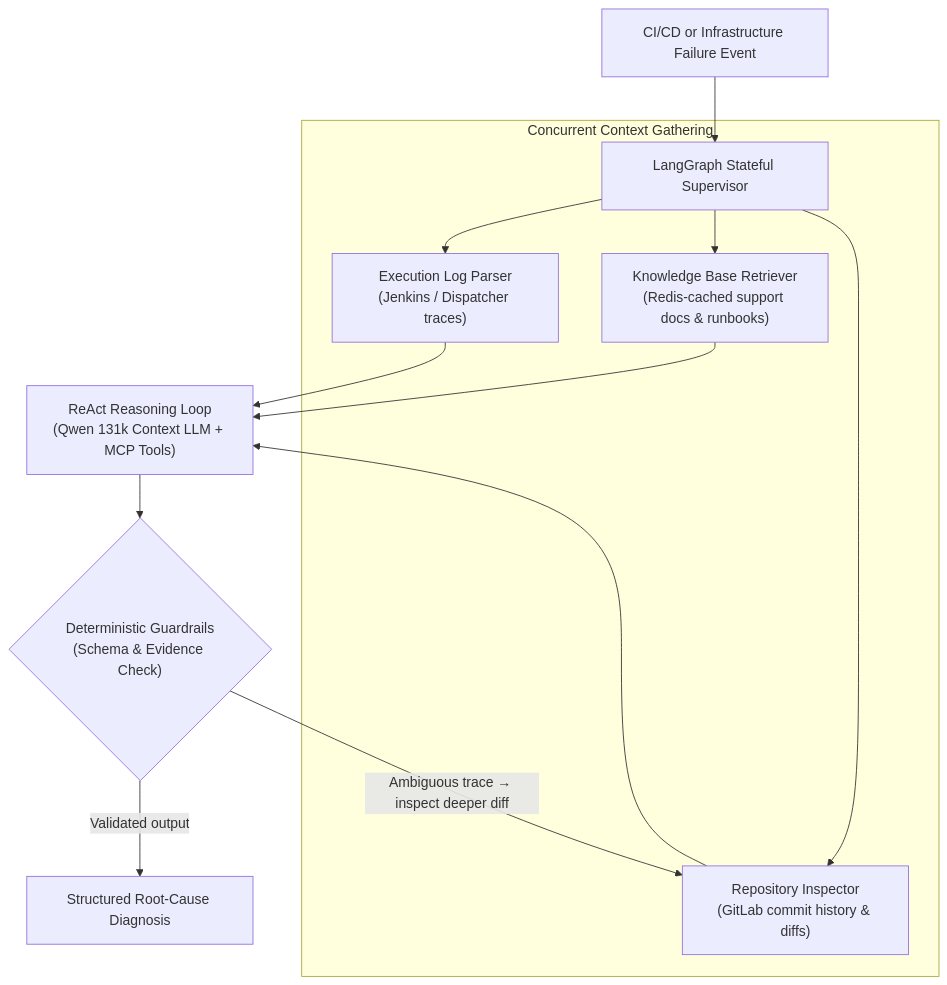
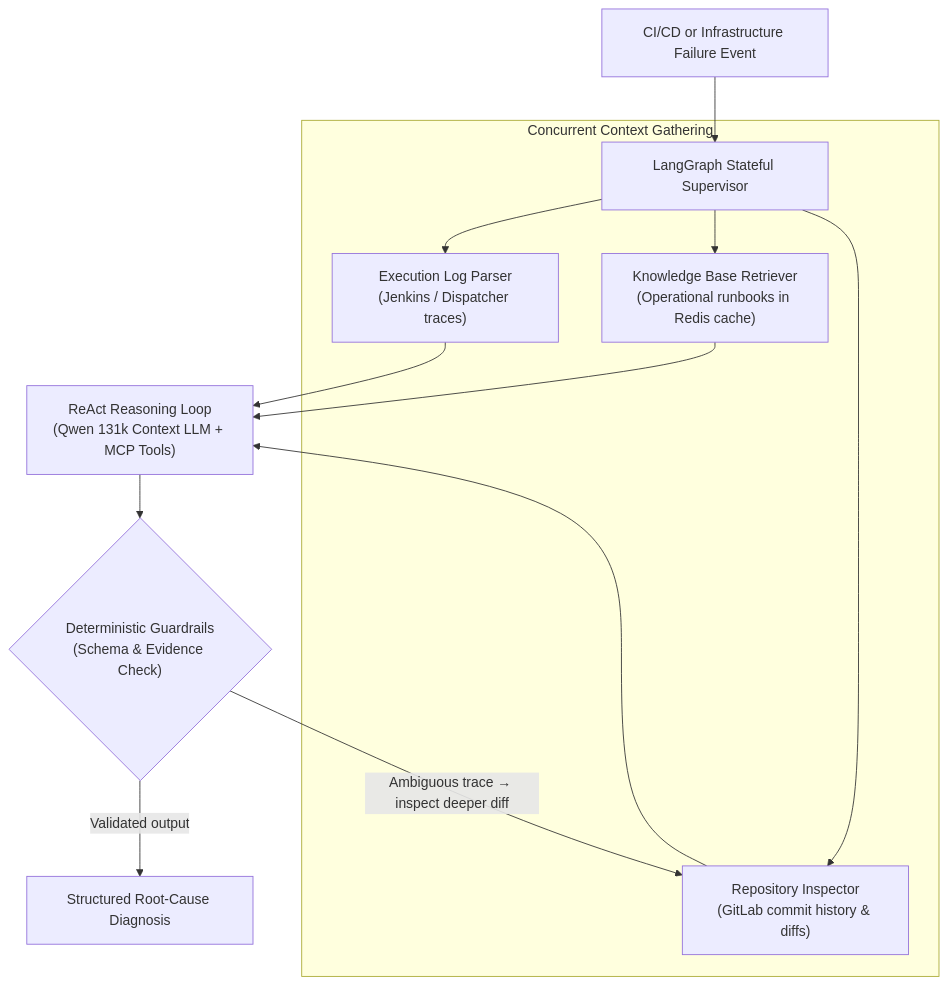
Before and after one commit to oredondo/oredondo.github.io: the diagram in docs/projects/orion-ai.md, drawn with Mermaid. The commit also changed other lines of this file and 9 other files, not shown here.

Commit message:
docs: clarify Redis runbook RAG cache vs human manual triage and fix pipeline terminology

````diff
--- a/docs/projects/orion-ai.md
+++ b/docs/projects/orion-ai.md
@@ -36,16 +36,17 @@
 ```mermaid
 flowchart TD
     Trigger["CI/CD or Infrastructure Failure Event"] --> Orchestrator["LangGraph Stateful Supervisor"]
 
     subgraph ParallelEvidence["Concurrent Context Gathering"]
         Orchestrator --> LogNode["Execution Log Parser<br/>(Jenkins / Dispatcher traces)"]
-        Orchestrator --> DocNode["Knowledge Base Retriever<br/>(Redis-cached support docs & runbooks)"]
+        Orchestrator --> DocNode["Knowledge Base Retriever<br/>(Operational runbooks in Redis cache)"]
         Orchestrator --> GitNode["Repository Inspector<br/>(GitLab commit history & diffs)"]
     end
 
     LogNode & DocNode & GitNode --> ReAct["ReAct Reasoning Loop<br/>(Qwen 131k Context LLM + MCP Tools)"]
 
-    ReAct --> Guardrails{"Deterministic Guardrails<br/>(Schema & Evidence Check)"}
+    Guardrails{"Deterministic Guardrails<br/>(Schema & Evidence Check)"}
+    ReAct --> Guardrails
     Guardrails -- "Ambiguous trace → inspect deeper diff" --> GitNode
     Guardrails -- "Validated output" --> Report["Structured Root-Cause Diagnosis"]
 ```
````
